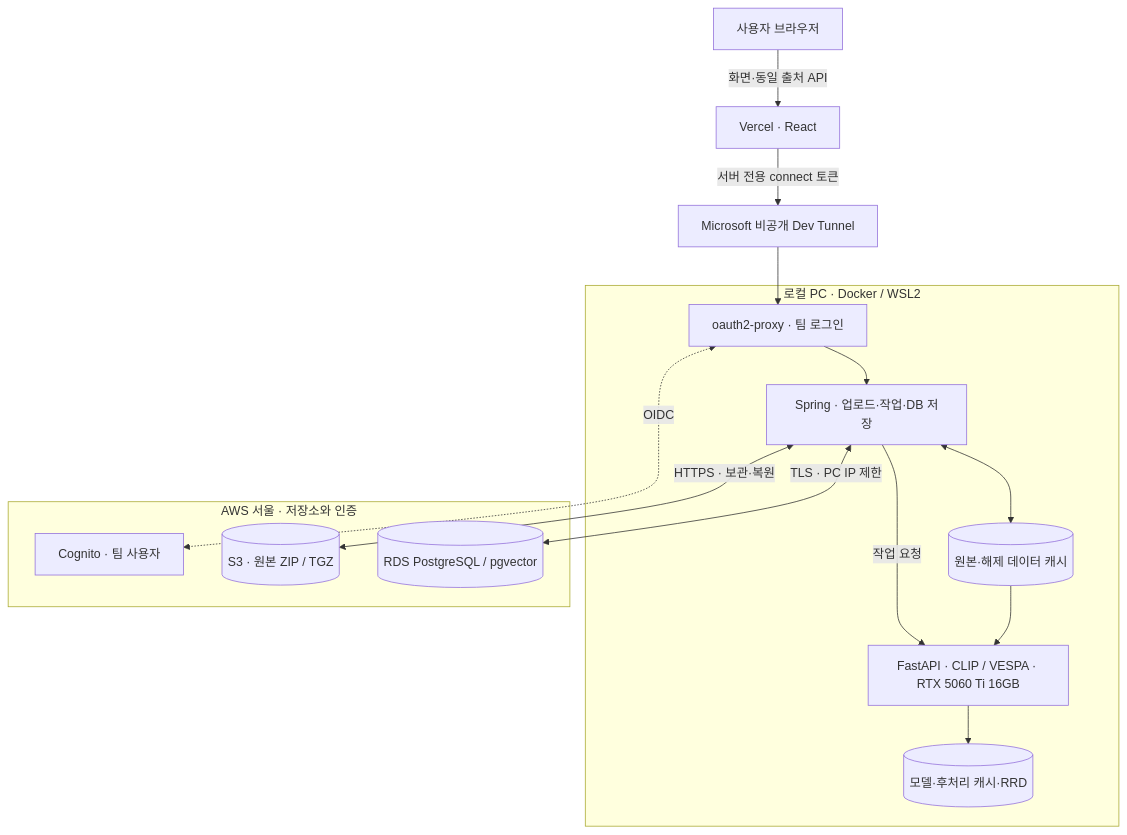
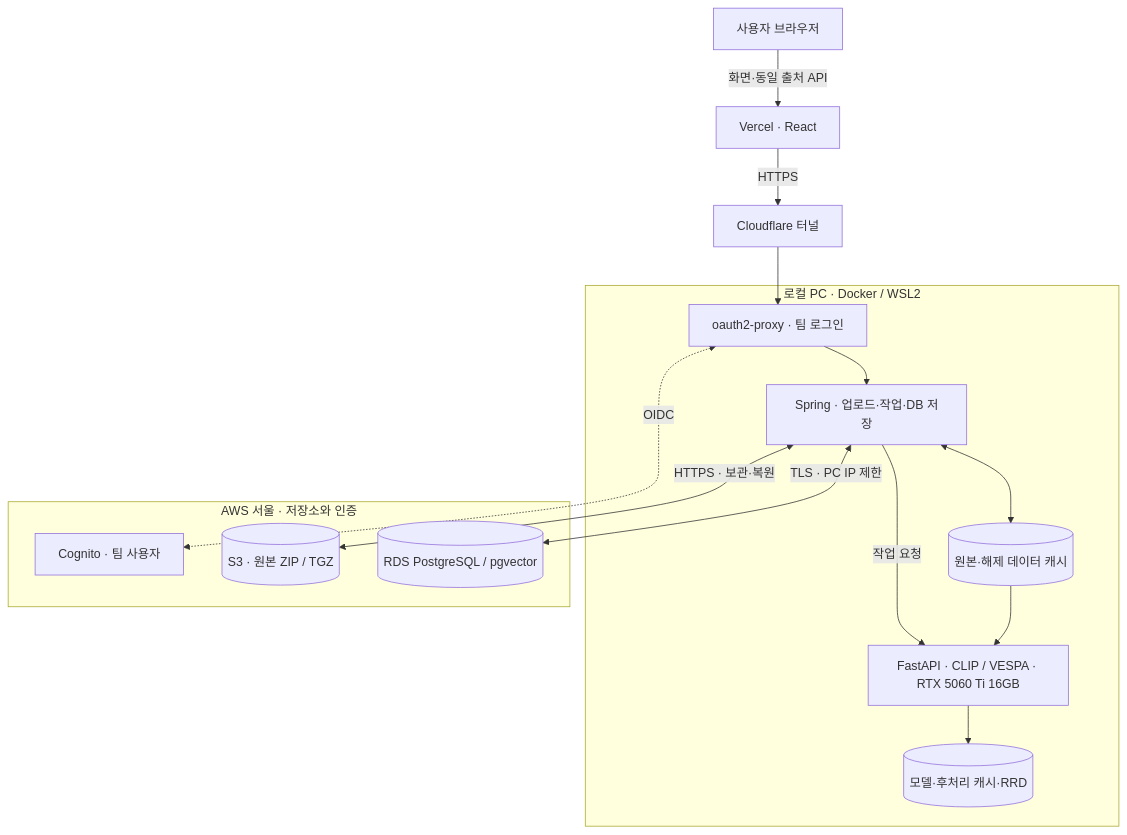
One commit to DriveScene2Label-Team/DriveScene2Label changed the diagram in README.md. Above: the diagram before and after it, drawn with Mermaid. The commit also changed other lines of this file and 24 other files, not shown here.

````diff
--- a/README.md
+++ b/README.md
@@ -38,21 +42,21 @@
 ```mermaid
 flowchart TB
   U[사용자 브라우저] -->|화면·동일 출처 API| V[Vercel · React]
-  V -->|서버 전용 connect 토큰| T[Microsoft 비공개 Dev Tunnel]
+  V -->|HTTPS| T[Cloudflare 터널]
   subgraph PC[로컬 PC · Docker / WSL2]
     A[oauth2-proxy · 팀 로그인] --> B[Spring · 업로드·작업·DB 저장]
     B -->|작업 요청| G[FastAPI · CLIP / VESPA · RTX 5060 Ti 16GB]
     B <--> F[(원본·해제 데이터 캐시)]
     F --> G
     G --> R[(모델·후처리 캐시·RRD)]
   end
   T --> A
   subgraph AWS[AWS 서울 · 저장소와 인증]
     C[Cognito · 팀 사용자]
     S[(S3 · 원본 ZIP / TGZ)]
     D[(RDS PostgreSQL / pgvector)]
   end
   A <-. OIDC .-> C
   B <-->|HTTPS · 보관·복원| S
   B <-->|TLS · PC IP 제한| D
 ```
````
